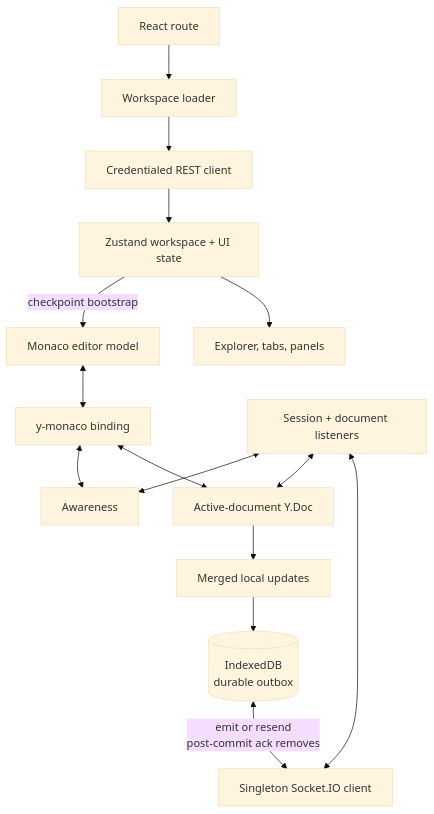
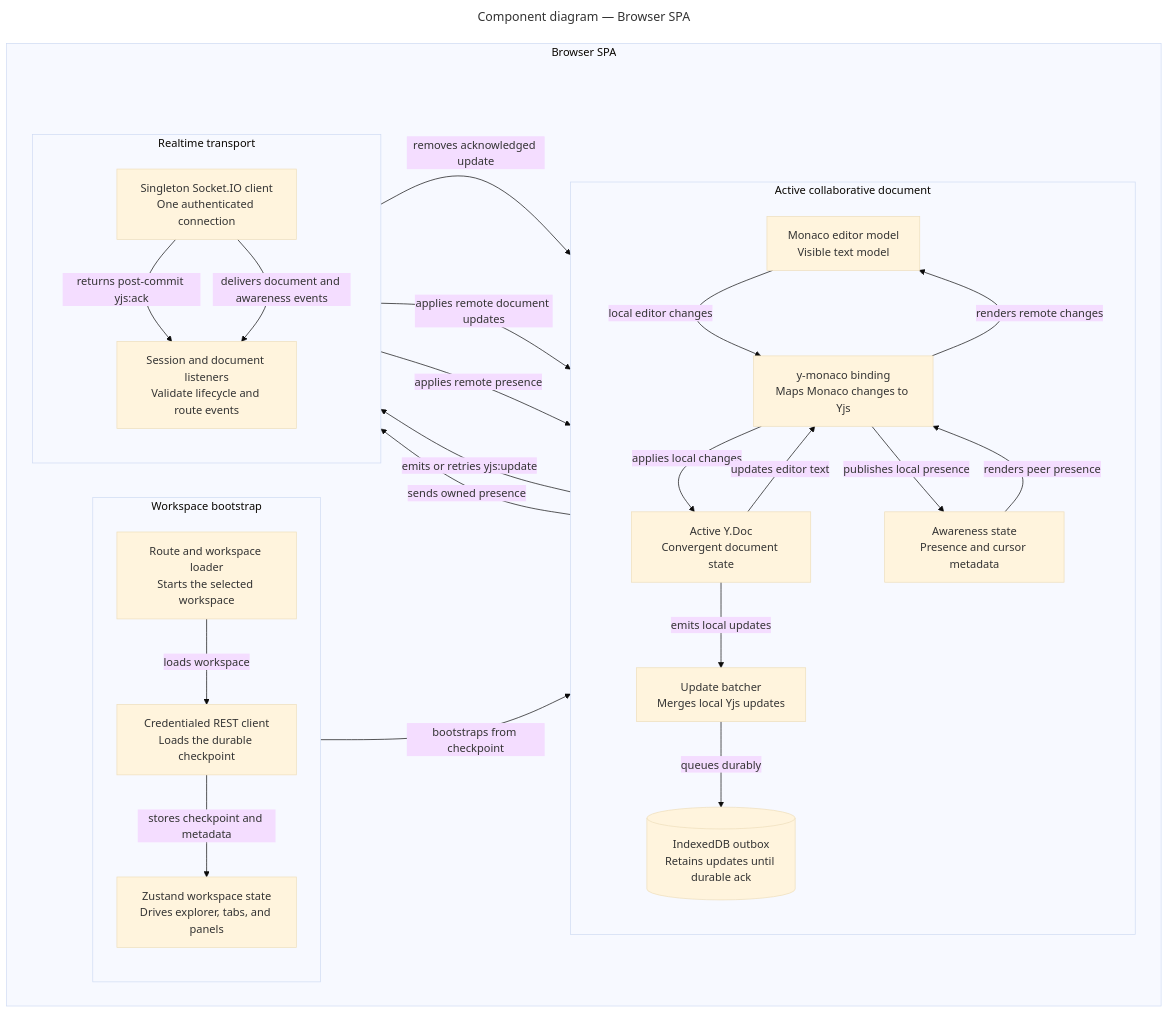
Before and after one commit to santinomarial/Meridian: the diagram in docs/diagrams/source/client-architecture.mmd, drawn with Mermaid (base theme). The commit also changed 62 other files, not shown here.

Commit message:
Perfect architecture diagrams and sizing

```diff
--- a/docs/diagrams/source/client-architecture.mmd
+++ b/docs/diagrams/source/client-architecture.mmd
@@ -1,23 +1,50 @@
-flowchart TD
-    Route["React route"] --> Loader["Workspace loader"]
-    Loader --> REST["Credentialed REST client"]
-    REST --> Store["Zustand workspace + UI state"]
-    UI["Explorer, tabs, panels"]
-    Monaco["Monaco editor model"]
-    Binding["y-monaco binding"]
-    YDoc["Active-document Y.Doc"]
-    Awareness["Awareness"]
-    Batch["Merged local updates"]
-    Outbox[("IndexedDB<br/>durable outbox")]
-    Listeners["Session + document listeners"]
-    Socket["Singleton Socket.IO client"]
+---
+title: Component diagram — Browser SPA
+---
+flowchart LR
+    subgraph Browser["Browser SPA"]
+        direction LR
 
-    Store --> UI
-    Store -->|"checkpoint bootstrap"| Monaco
-    Monaco <--> Binding <--> YDoc
-    Binding <--> Awareness
-    YDoc --> Batch --> Outbox
-    Listeners <--> Socket
-    Listeners <--> YDoc
-    Listeners <--> Awareness
-    Outbox <-->|"emit or resend<br/>post-commit ack removes"| Socket
+        subgraph Bootstrap["Workspace bootstrap"]
+            direction TB
+            Route["Route and workspace loader<br/>Starts the selected workspace"]
+            REST["Credentialed REST client<br/>Loads the durable checkpoint"]
+            Store["Zustand workspace state<br/>Drives explorer, tabs, and panels"]
+            Route -->|"loads workspace"| REST
+            REST -->|"stores checkpoint and metadata"| Store
+        end
+
+        subgraph Document["Active collaborative document"]
+            direction TB
+            Monaco["Monaco editor model<br/>Visible text model"]
+            Binding["y-monaco binding<br/>Maps Monaco changes to Yjs"]
+            YDoc["Active Y.Doc<br/>Convergent document state"]
+            Awareness["Awareness state<br/>Presence and cursor metadata"]
+            Batch["Update batcher<br/>Merges local Yjs updates"]
+            Outbox[("IndexedDB outbox<br/>Retains updates until durable ack")]
+
+            Store -->|"bootstraps from checkpoint"| Monaco
+            Monaco -->|"local editor changes"| Binding
+            Binding -->|"applies local changes"| YDoc
+            YDoc -->|"updates editor text"| Binding
+            Binding -->|"renders remote changes"| Monaco
+            Binding -->|"publishes local presence"| Awareness
+            Awareness -->|"renders peer presence"| Binding
+            YDoc -->|"emits local updates"| Batch
+            Batch -->|"queues durably"| Outbox
+        end
+
+        subgraph Transport["Realtime transport"]
+            direction TB
+            Listeners["Session and document listeners<br/>Validate lifecycle and route events"]
+            Socket["Singleton Socket.IO client<br/>One authenticated connection"]
+
+            Outbox -->|"emits or retries yjs:update"| Socket
+            Socket -->|"returns post-commit yjs:ack"| Listeners
+            Listeners -->|"removes acknowledged update"| Outbox
+            Socket -->|"delivers document and awareness events"| Listeners
+            Listeners -->|"applies remote document updates"| YDoc
+            Listeners -->|"applies remote presence"| Awareness
+            Awareness -->|"sends owned presence"| Socket
+        end
+    end
```
